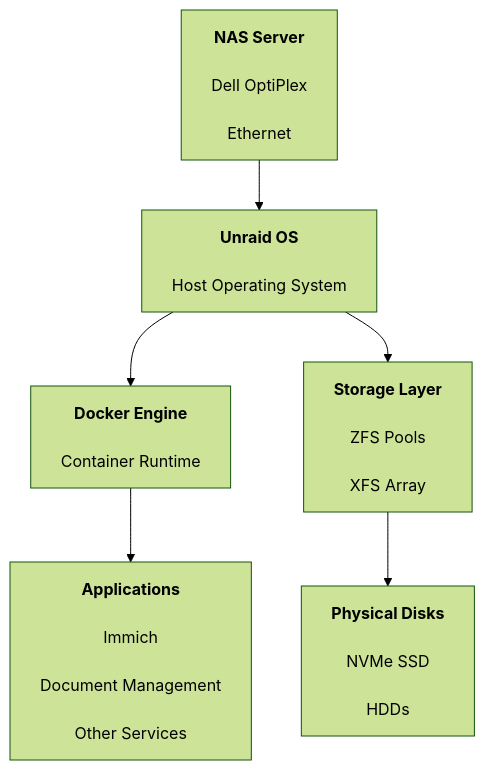
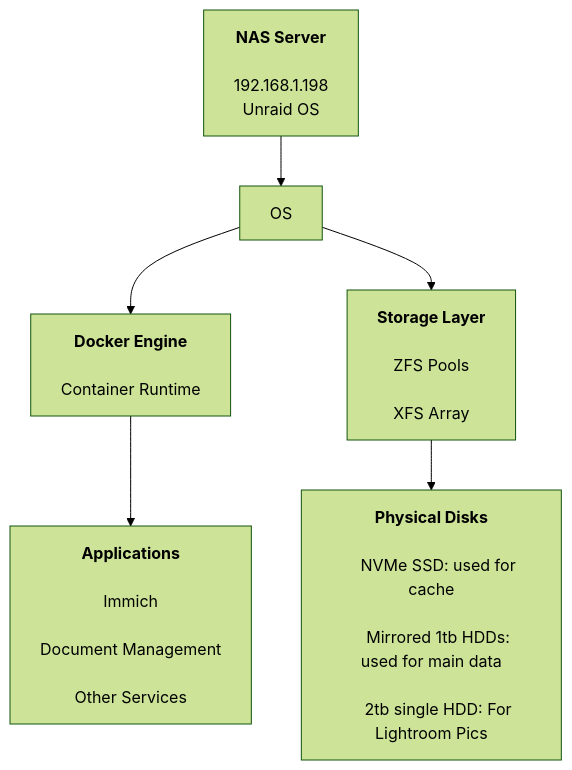
The diagram in docs/nas-structure.md (Grantm14/personal-nas), drawn with Mermaid (forest theme) before and after one commit.

````diff
--- a/docs/nas-structure.md
+++ b/docs/nas-structure.md
@@ -8,43 +8,38 @@
 ```mermaid
 flowchart TD
     NAS[
     <b>NAS Server</b><br/>
-    Dell OptiPlex<br/>
-    Ethernet
+    192.168.1.198
+    Unraid OS
     ]
-
-    OS[
-    <b>Unraid OS</b><br/>
-    Host Operating System
-    ]
-
     Docker[
     <b>Docker Engine</b><br/>
     Container Runtime
     ]
 
     Apps[
     <b>Applications</b><br/>
     Immich<br/>
     Document Management<br/>
     Other Services
     ]
 
     Storage[
     <b>Storage Layer</b><br/>
     ZFS Pools<br/>
     XFS Array
     ]
 
     Disks[
     <b>Physical Disks</b><br/>
-    NVMe SSD<br/>
-    HDDs
+    NVMe SSD: used for cache<br/>
+    Mirrored 1tb HDDs: used for main data<br/>
+    2tb single HDD: For Lightroom Pics
     ]
 
     NAS --> OS
     OS --> Docker
     Docker --> Apps
     OS --> Storage
     Storage --> Disks
 ```
````
